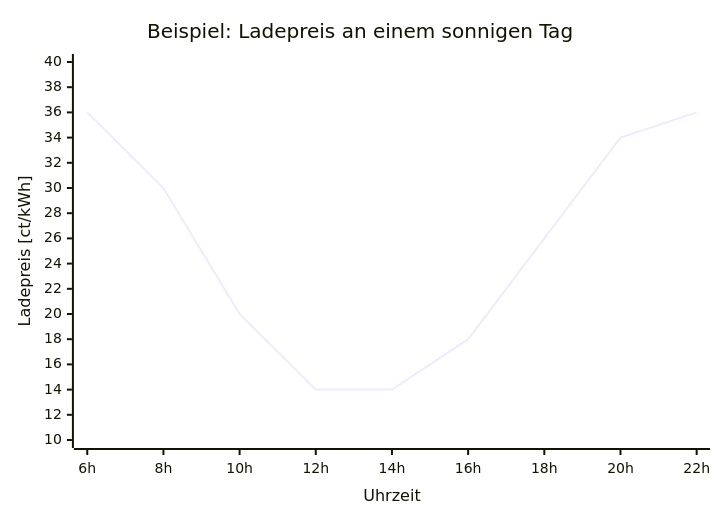
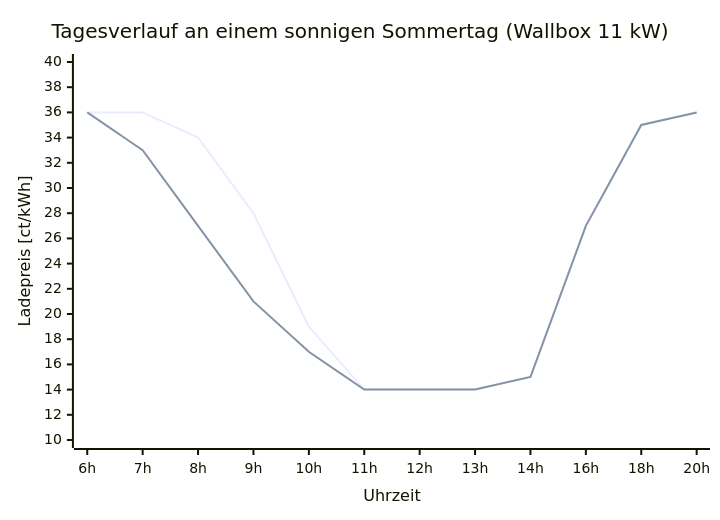
One commit to bernd780/Nachbarschaft-Laden changed the second of 4 diagrams in README.md. Above: the diagram before and after it, drawn with Mermaid. The commit also changed other lines of this file, not shown here.

First line of the commit message:
docs: Tagesverlauf-Chart mit Akkulade-Effekt, Wallbox auf 11 kW korrigiert

````diff
--- a/README.md
+++ b/README.md
@@ -276,7 +276,8 @@
 ```mermaid
 xychart-beta
-    title "Beispiel: Ladepreis an einem sonnigen Tag"
-    x-axis "Uhrzeit" ["6h", "8h", "10h", "12h", "14h", "16h", "18h", "20h", "22h"]
+    title "Tagesverlauf an einem sonnigen Sommertag (Wallbox 11 kW)"
+    x-axis "Uhrzeit" ["6h", "7h", "8h", "9h", "10h", "11h", "12h", "13h", "14h", "16h", "18h", "20h"]
     y-axis "Ladepreis [ct/kWh]" 10 --> 40
-    line [36, 30, 20, 14, 14, 18, 26, 34, 36]
+    line [36, 36, 34, 28, 19, 14, 14, 14, 15, 27, 35, 36]
+    line [36, 33, 27, 21, 17, 14, 14, 14, 15, 27, 35, 36]
 ```
````
